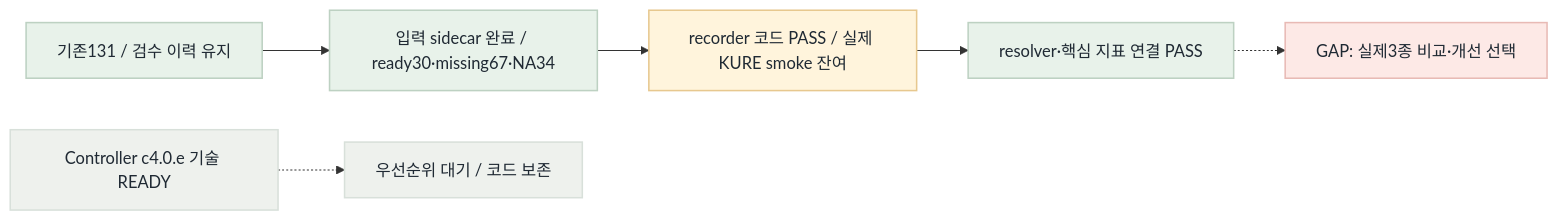
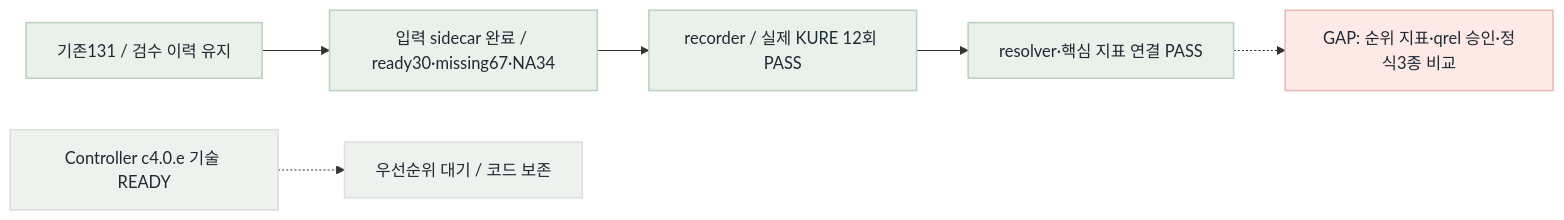
The diagram in fivecircles/work/2026-09-05-search-first-relay-current-flow.mmd (KongSeok/sprint-public-procurement-rag-assistant), drawn with Mermaid before and after one commit. The commit also changed 12 other files, not shown here.

```diff
--- a/fivecircles/work/2026-09-05-search-first-relay-current-flow.mmd
+++ b/fivecircles/work/2026-09-05-search-first-relay-current-flow.mmd
@@ -1,14 +1,13 @@
 flowchart LR
   A["기존131 / 검수 이력 유지"] --> B["입력 sidecar 완료 / ready30·missing67·NA34"]
-  B --> C["recorder 코드 PASS / 실제 KURE smoke 잔여"]
+  B --> C["recorder / 실제 KURE 12회 PASS"]
   C --> D["resolver·핵심 지표 연결 PASS"]
-  D -.-> E["GAP: 실제3종 비교·개선 선택"]
+  D -.-> E["GAP: 순위 지표·qrel 승인·정식3종 비교"]
   F["Controller c4.0.e 기술 READY"] -.-> G["우선순위 대기 / 코드 보존"]
   classDef green fill:#e8f2ea,stroke:#bdd1c2,color:#1f2933,stroke-width:1.5px
   classDef red fill:#fde9e6,stroke:#e8bab5,color:#1f2933,stroke-width:1.5px
   classDef gray fill:#eef1ed,stroke:#d8e0da,color:#1f2933,stroke-width:1.5px
   classDef amber fill:#fff4dc,stroke:#e7c88f,color:#1f2933,stroke-width:1.5px
-  class A,B,D green
-  class C amber
+  class A,B,C,D green
   class E red
   class F,G gray
```
